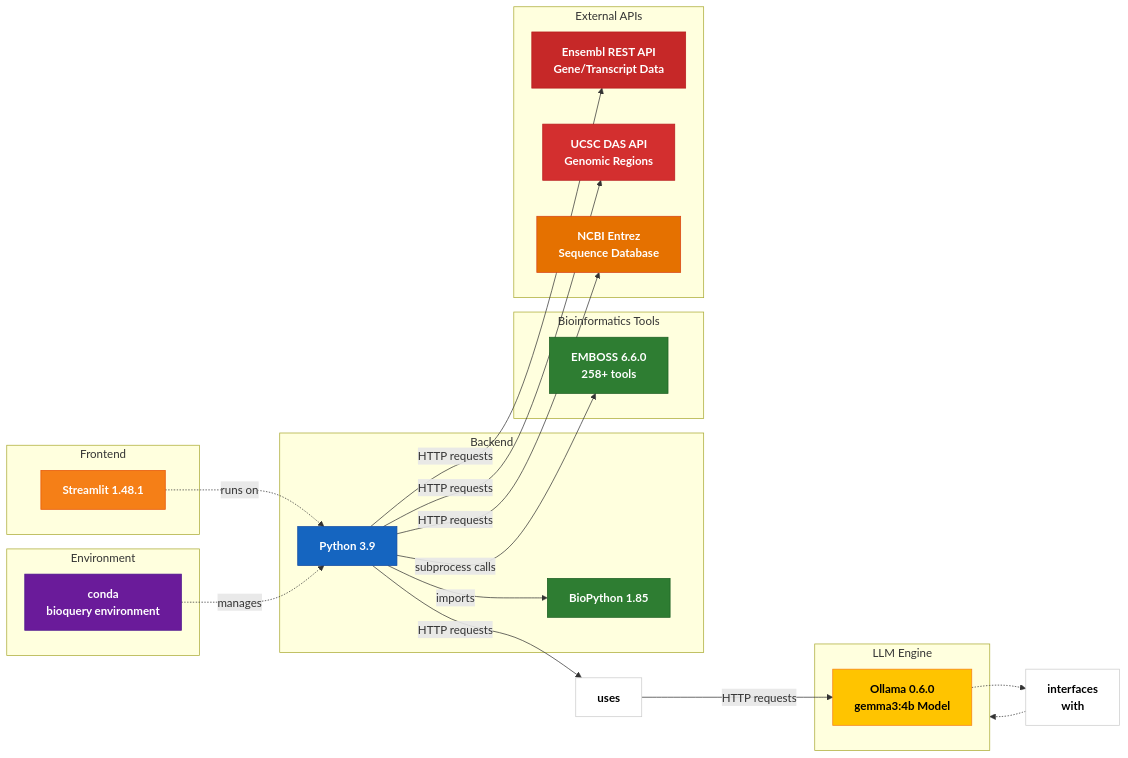
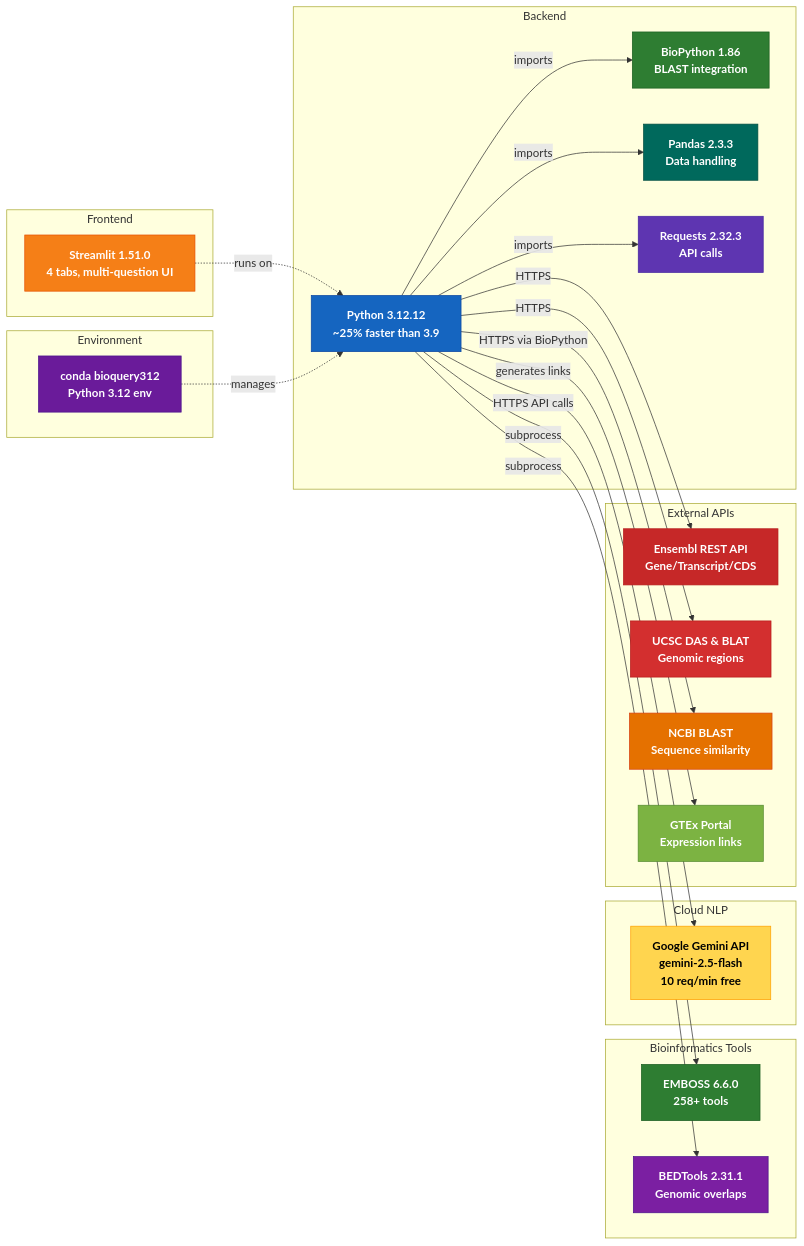
The ninth of 9 diagrams in docs/ARCHITECTURE.md (caagendaz/BME110-final), drawn with Mermaid before and after one commit. The commit also changed other lines of this file, not shown here.

Commit message:
Update ARCHITECTURE.md flowcharts to reflect Gemini API, Python 3.12, multi-question mode, and new tools

````diff
--- a/docs/ARCHITECTURE.md
+++ b/docs/ARCHITECTURE.md
@@ -303,55 +339,60 @@
 ```mermaid
 graph LR
     subgraph Frontend["Frontend"]
-        Streamlit["Streamlit 1.48.1"]
+        Streamlit["Streamlit 1.51.0<br/>4 tabs, multi-question UI"]
     end
     
     subgraph Backend["Backend"]
-        Python["Python 3.9"]
-        Bio["BioPython 1.85"]
+        Python["Python 3.12.12<br/>~25% faster than 3.9"]
+        Bio["BioPython 1.86<br/>BLAST integration"]
+        Pandas["Pandas 2.3.3<br/>Data handling"]
+        Requests["Requests 2.32.3<br/>API calls"]
     end
     
     subgraph Tools["Bioinformatics Tools"]
         EMBOSS["EMBOSS 6.6.0<br/>258+ tools"]
+        BEDTools["BEDTools 2.31.1<br/>Genomic overlaps"]
     end
     
-    subgraph LLM["LLM Engine"]
-        Ollama["Ollama 0.6.0<br/>gemma3:4b Model"]
+    subgraph LLM["Cloud NLP"]
+        Gemini["Google Gemini API<br/>gemini-2.5-flash<br/>10 req/min free"]
     end
     
     subgraph APIs["External APIs"]
-        Ensembl["Ensembl REST API<br/>Gene/Transcript Data"]
-        UCSC["UCSC DAS API<br/>Genomic Regions"]
-        NCBI["NCBI Entrez<br/>Sequence Database"]
+        Ensembl["Ensembl REST API<br/>Gene/Transcript/CDS"]
+        UCSC["UCSC DAS & BLAT<br/>Genomic regions"]
+        NCBI["NCBI BLAST<br/>Sequence similarity"]
+        GTEx["GTEx Portal<br/>Expression links"]
     end
     
     subgraph Env["Environment"]
-        Conda["conda<br/>bioquery environment"]
+        Conda["conda bioquery312<br/>Python 3.12 env"]
     end
     
     Streamlit -.->|runs on| Python
     Python -->|imports| Bio
-    Python -->|subprocess calls| EMBOSS
-    Uses["uses"]
-    Python -->|HTTP requests| Uses
-    Uses -->|HTTP requests| Ollama
-    Python -->|HTTP requests| Ensembl
-    Python -->|HTTP requests| UCSC
-    Python -->|HTTP requests| NCBI
-    LLMLabel["interfaces<br/>with"]
-    Ollama -.-> LLMLabel
-    LLMLabel -.-> LLM
+    Python -->|imports| Pandas
+    Python -->|imports| Requests
+    Python -->|subprocess| EMBOSS
+    Python -->|subprocess| BEDTools
+    Python -->|HTTPS API calls| Gemini
+    Python -->|HTTPS| Ensembl
+    Python -->|HTTPS| UCSC
+    Python -->|HTTPS via BioPython| NCBI
+    Python -->|generates links| GTEx
     Conda -.->|manages| Python
     
     style Streamlit fill:#f57f17,stroke:#e65100,color:#ffffff,font-weight:bold
     style Python fill:#1565c0,stroke:#0d47a1,color:#ffffff,font-weight:bold
     style Bio fill:#2e7d32,stroke:#1b5e20,color:#ffffff,font-weight:bold
+    style Pandas fill:#00695c,stroke:#004d40,color:#ffffff,font-weight:bold
+    style Requests fill:#5e35b1,stroke:#4527a0,color:#ffffff,font-weight:bold
     style EMBOSS fill:#2e7d32,stroke:#1b5e20,color:#ffffff,font-weight:bold
-    style Ollama fill:#ffc400,stroke:#f57f17,color:#000000,font-weight:bold
+    style BEDTools fill:#7b1fa2,stroke:#4a148c,color:#ffffff,font-weight:bold
+    style Gemini fill:#ffd54f,stroke:#ffa000,color:#000000,font-weight:bold
     style Ensembl fill:#c62828,stroke:#b71c1c,color:#ffffff,font-weight:bold
     style UCSC fill:#d32f2f,stroke:#b71c1c,color:#ffffff,font-weight:bold
     style NCBI fill:#e57100,stroke:#d84315,color:#ffffff,font-weight:bold
+    style GTEx fill:#7cb342,stroke:#558b2f,color:#ffffff,font-weight:bold
     style Conda fill:#6a1b9a,stroke:#4a148c,color:#ffffff,font-weight:bold
-    style Uses fill:#ffffff,stroke:#cccccc,color:#000000,font-weight:bold
-    style LLMLabel fill:#ffffff,stroke:#cccccc,color:#000000,font-weight:bold
 ```
````
